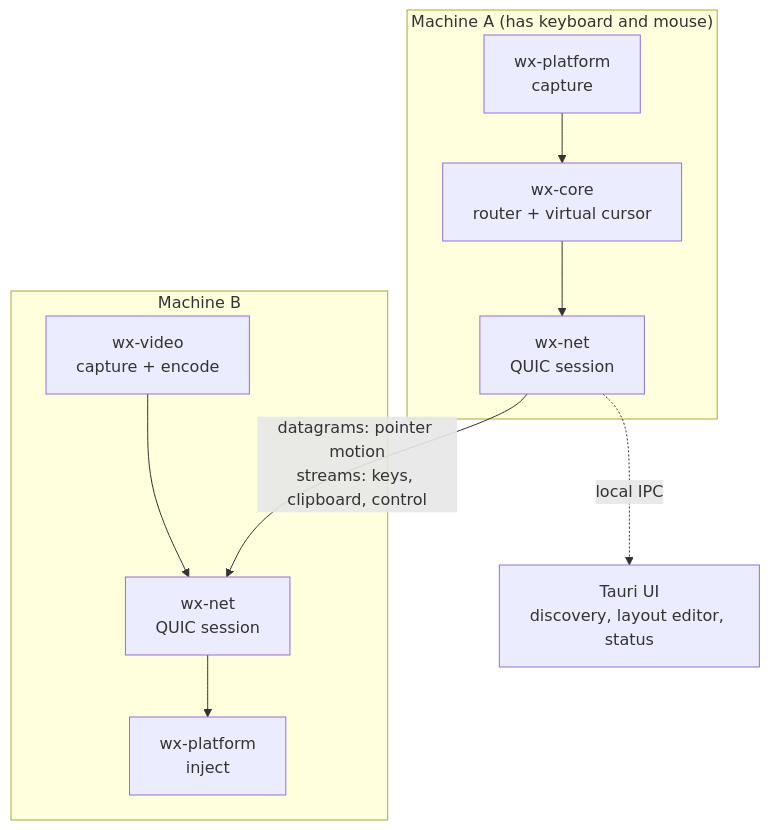
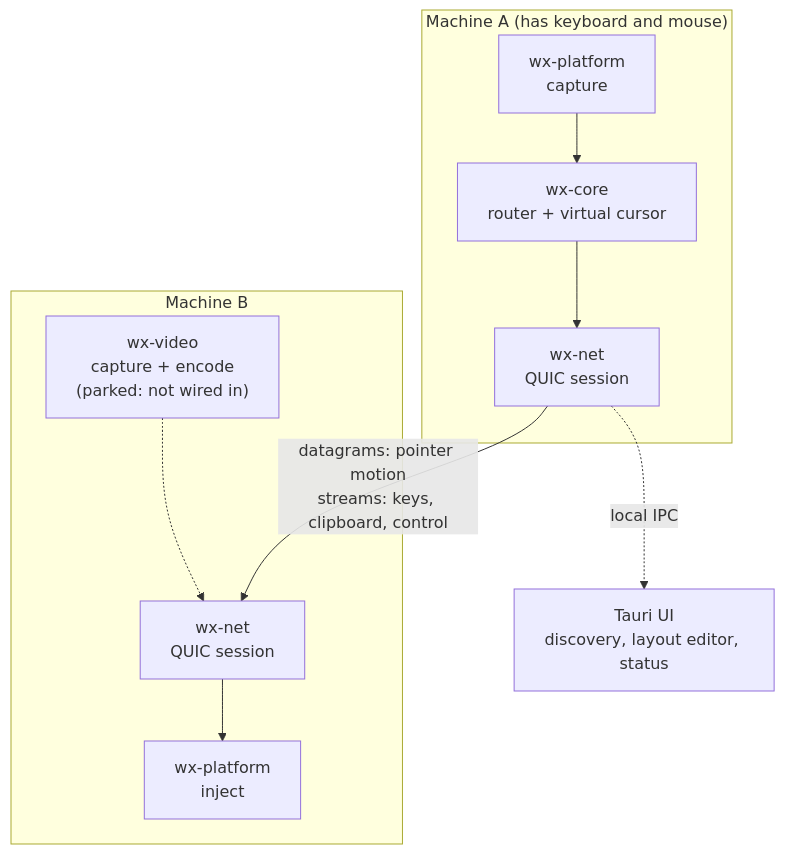
One commit to the-data-sherpa/WinXtend changed the diagram in README.md. Above: the diagram before and after it, drawn with Mermaid. The commit also changed other lines of this file and 2 other files, not shown here.

First line of the commit message:
docs: park wx-video and retarget the README at a Linux/Wayland alpha (#14)

````diff
--- a/README.md
+++ b/README.md
@@ -112,13 +130,13 @@
 ```mermaid
 flowchart TD
     subgraph A["Machine A (has keyboard and mouse)"]
         AC[wx-platform<br/>capture] --> AR[wx-core<br/>router + virtual cursor]
         AR --> AN[wx-net<br/>QUIC session]
     end
     subgraph B["Machine B"]
         BN[wx-net<br/>QUIC session] --> BI[wx-platform<br/>inject]
-        BV[wx-video<br/>capture + encode] --> BN
+        BV["wx-video<br/>capture + encode<br/>(parked: not wired in)"] -.-> BN
     end
     AN -->|"datagrams: pointer motion<br/>streams: keys, clipboard, control"| BN
     AN -.->|local IPC| UI[Tauri UI<br/>discovery, layout editor, status]
 ```
````
